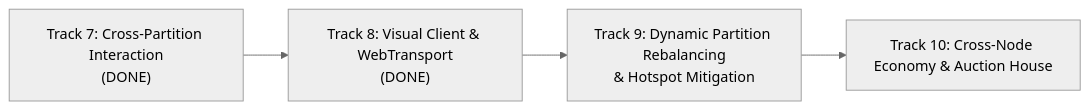
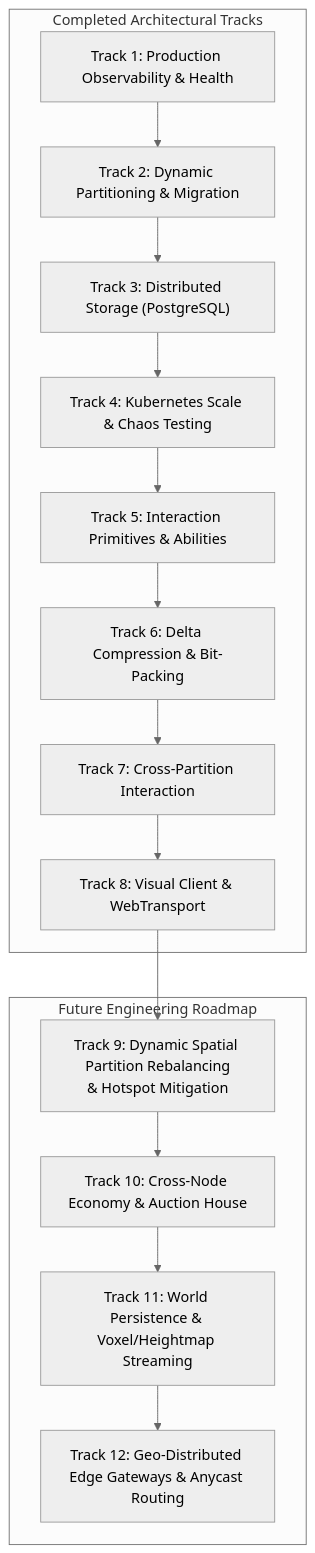
Before and after one commit to Jakousa/rust-server: the diagram in ROADMAP.md, drawn with Mermaid (neutral theme). The commit also changed other lines of this file and 92 other files, not shown here.

First line of the commit message:
docs: clean and professionalize architecture, roadmap, and contributing guides (#8)

````diff
--- a/ROADMAP.md
+++ b/ROADMAP.md
@@ -101,6 +22,24 @@
 ```mermaid
-flowchart LR
-    T7["Track 7: Cross-Partition Interaction\n(DONE)"] --> T8["Track 8: Visual Client & WebTransport\n(DONE)"]
-    T8 --> T9["Track 9: Dynamic Partition Rebalancing\n& Hotspot Mitigation"]
-    T9 --> T10["Track 10: Cross-Node Economy & Auction House"]
+flowchart TD
+    subgraph Completed["Completed Architectural Tracks"]
+        T1["Track 1: Production Observability & Health"]
+        T2["Track 2: Dynamic Partitioning & Migration"]
+        T3["Track 3: Distributed Storage (PostgreSQL)"]
+        T4["Track 4: Kubernetes Scale & Chaos Testing"]
+        T5["Track 5: Interaction Primitives & Abilities"]
+        T6["Track 6: Delta Compression & Bit-Packing"]
+        T7["Track 7: Cross-Partition Interaction"]
+        T8["Track 8: Visual Client & WebTransport"]
+        
+        T1 --> T2 --> T3 --> T4 --> T5 --> T6 --> T7 --> T8
+    end
+
+    subgraph Upcoming["Future Engineering Roadmap"]
+        T9["Track 9: Dynamic Spatial Partition Rebalancing\n& Hotspot Mitigation"]
+        T10["Track 10: Cross-Node Economy & Auction House"]
+        T11["Track 11: World Persistence & Voxel/Heightmap Streaming"]
+        T12["Track 12: Geo-Distributed Edge Gateways & Anycast Routing"]
+        
+        T8 --> T9 --> T10 --> T11 --> T12
+    end
 ```
````
